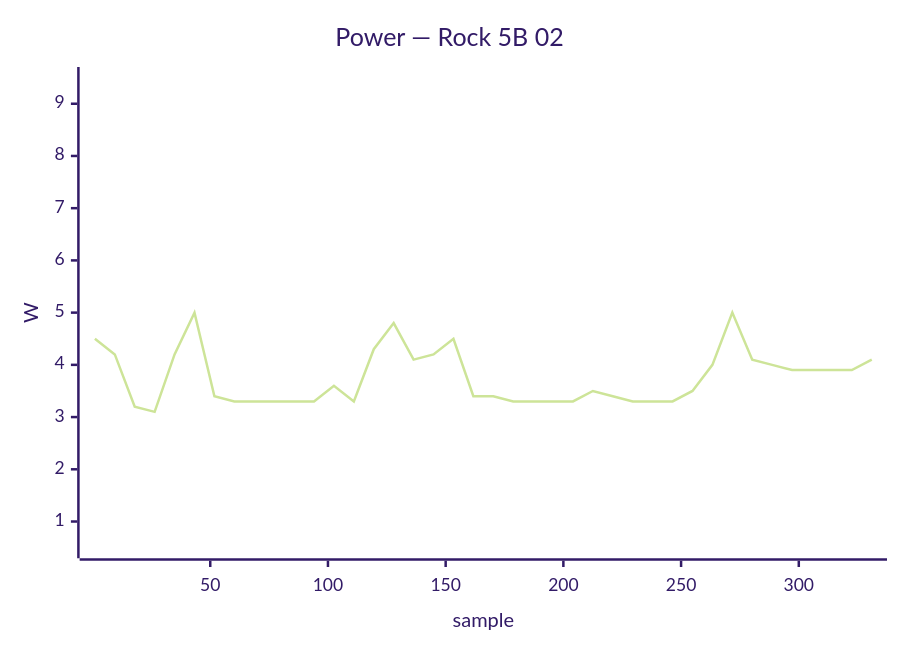
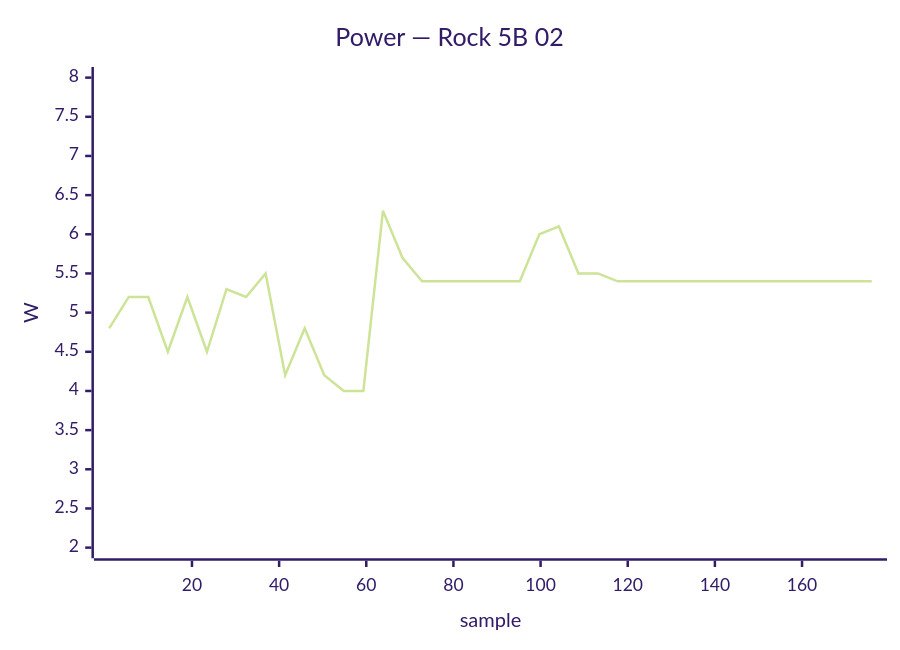
The third of 40 diagrams in docs/status/board-tests.md (armbian/documentation), drawn with Mermaid (forest theme) before and after one commit. The commit also changed other lines of this file, not shown here.

````diff
--- a/docs/status/board-tests.md
+++ b/docs/status/board-tests.md
@@ -126,7 +126,7 @@
 ```mermaid
 xychart-beta
     title "Power — Rock 5B 02"
-    x-axis "sample" 1 --> 331
-    y-axis "W" 0.5 --> 9.5
-    line [4.5, 4.2, 3.2, 3.1, 4.2, 5.0, 3.4, 3.3, 3.3, 3.3, 3.3, 3.3, 3.6, 3.3, 4.3, 4.8, 4.1, 4.2, 4.5, 3.4, 3.4, 3.3, 3.3, 3.3, 3.3, 3.5, 3.4, 3.3, 3.3, 3.3, 3.5, 4.0, 5.0, 4.1, 4.0, 3.9, 3.9, 3.9, 3.9, 4.1]
+    x-axis "sample" 1 --> 176
+    y-axis "W" 2.0 --> 8.0
+    line [4.8, 5.2, 5.2, 4.5, 5.2, 4.5, 5.3, 5.2, 5.5, 4.2, 4.8, 4.2, 4.0, 4.0, 6.3, 5.7, 5.4, 5.4, 5.4, 5.4, 5.4, 5.4, 6.0, 6.1, 5.5, 5.5, 5.4, 5.4, 5.4, 5.4, 5.4, 5.4, 5.4, 5.4, 5.4, 5.4, 5.4, 5.4, 5.4, 5.4]
 ```
````
